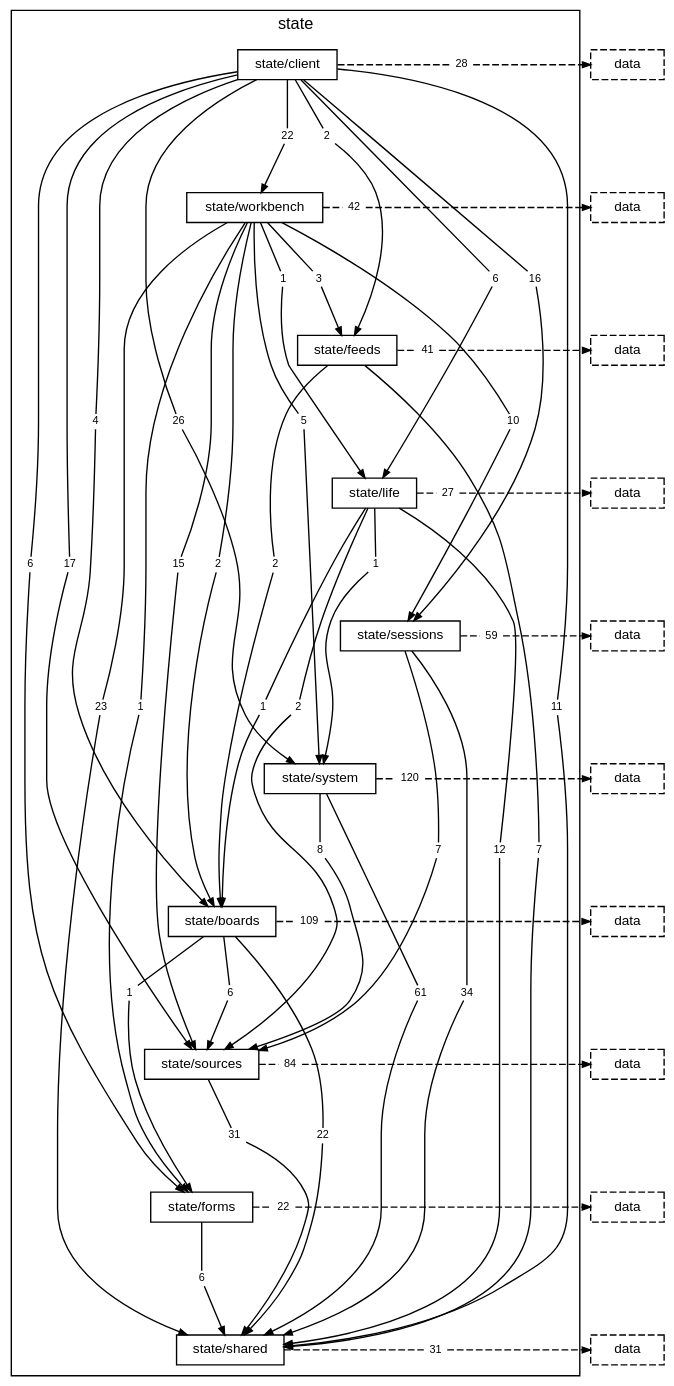
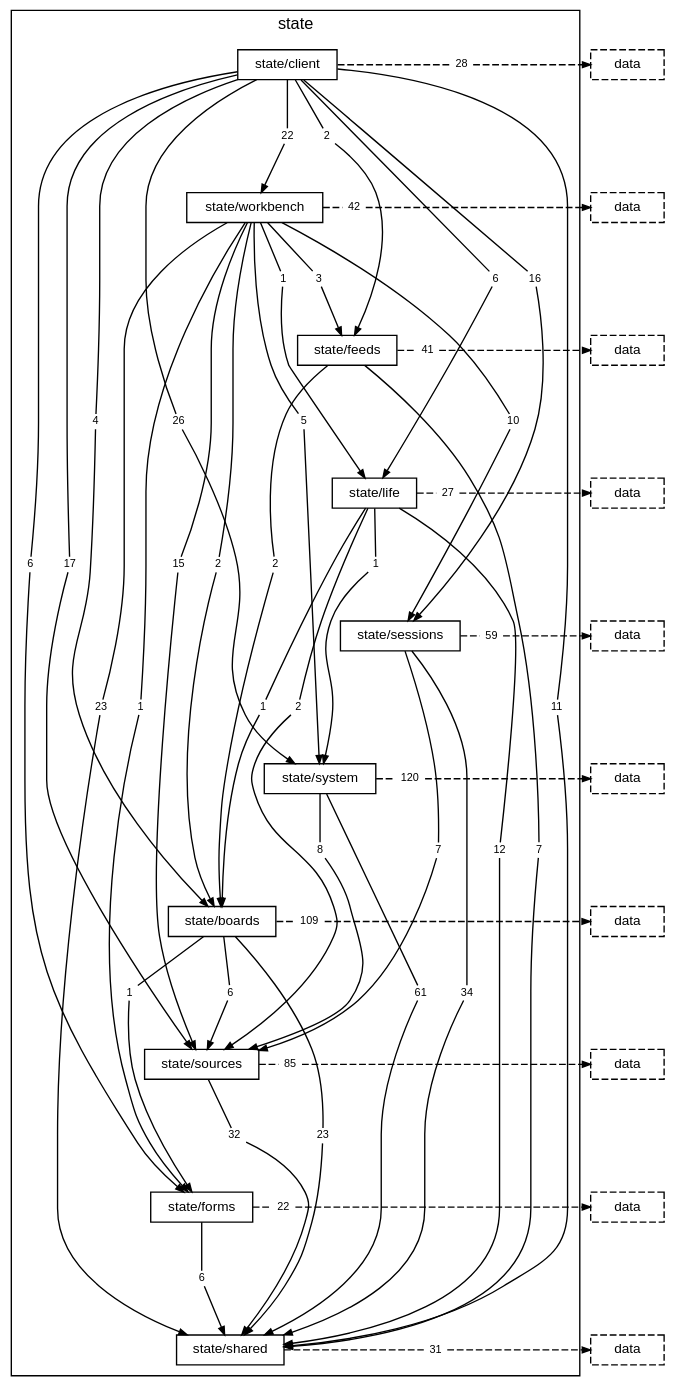
One commit to TheAxeC/oculus changed the diagram in docs/diagrams/layer-state.dot. Above: the diagram before and after it, drawn with Graphviz. The commit also changed 179 other files, not shown here.

```diff
--- a/docs/diagrams/layer-state.dot
+++ b/docs/diagrams/layer-state.dot
@@ -48,11 +48,11 @@
         "folder state/system to folder state/sources" [label="8", shape=box, color="transparent", fontsize=8, width=0, height=0, margin="0.04,0.02"];
         "folder state/system to layer data" [label="120", shape=box, color="transparent", fontsize=8, width=0, height=0, margin="0.04,0.02"];
         "folder state/boards to folder state/forms" [label="1", shape=box, color="transparent", fontsize=8, width=0, height=0, margin="0.04,0.02"];
-        "folder state/boards to folder state/shared" [label="22", shape=box, color="transparent", fontsize=8, width=0, height=0, margin="0.04,0.02"];
+        "folder state/boards to folder state/shared" [label="23", shape=box, color="transparent", fontsize=8, width=0, height=0, margin="0.04,0.02"];
         "folder state/boards to folder state/sources" [label="6", shape=box, color="transparent", fontsize=8, width=0, height=0, margin="0.04,0.02"];
         "folder state/boards to layer data" [label="109", shape=box, color="transparent", fontsize=8, width=0, height=0, margin="0.04,0.02"];
-        "folder state/sources to folder state/shared" [label="31", shape=box, color="transparent", fontsize=8, width=0, height=0, margin="0.04,0.02"];
-        "folder state/sources to layer data" [label="84", shape=box, color="transparent", fontsize=8, width=0, height=0, margin="0.04,0.02"];
+        "folder state/sources to folder state/shared" [label="32", shape=box, color="transparent", fontsize=8, width=0, height=0, margin="0.04,0.02"];
+        "folder state/sources to layer data" [label="85", shape=box, color="transparent", fontsize=8, width=0, height=0, margin="0.04,0.02"];
         "folder state/forms to folder state/shared" [label="6", shape=box, color="transparent", fontsize=8, width=0, height=0, margin="0.04,0.02"];
         "folder state/forms to layer data" [label="22", shape=box, color="transparent", fontsize=8, width=0, height=0, margin="0.04,0.02"];
         "folder state/shared to layer data" [label="31", shape=box, color="transparent", fontsize=8, width=0, height=0, margin="0.04,0.02"];
```
